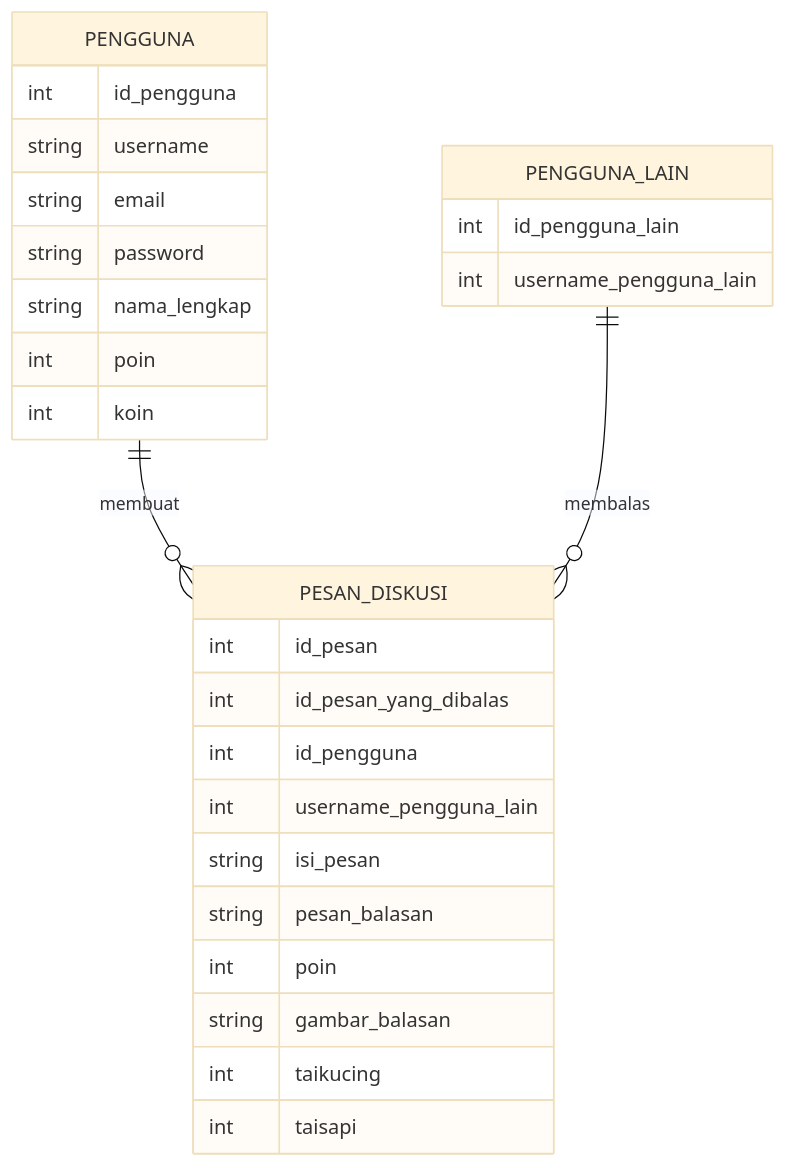
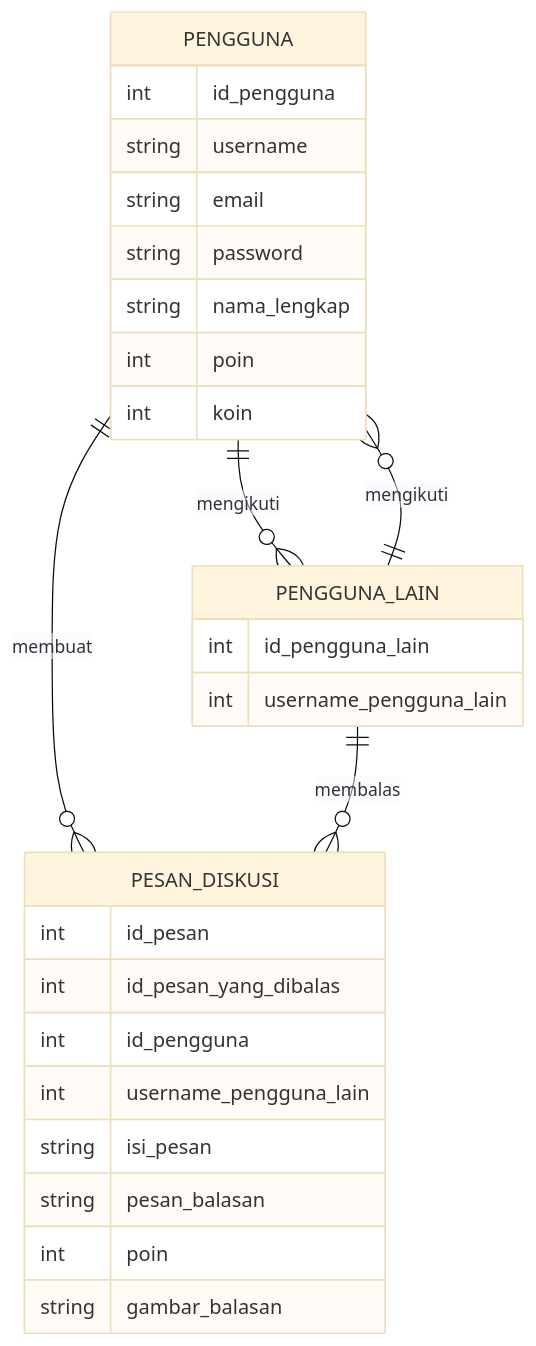
The diagram in job interview.MD (fahrizap/Kodein), drawn with Mermaid (base theme) before and after one commit.

Commit message:
Update job interview.MD

````diff
--- a/job interview.MD
+++ b/job interview.MD
@@ -20,32 +20,32 @@
 ```mermaid
 erDiagram
 
   PENGGUNA {
     int id_pengguna
     string username
     string email
     string password
     string nama_lengkap
     int poin
     int koin
   }
   PENGGUNA ||--o{ PESAN_DISKUSI : membuat
+  PENGGUNA ||--o{ PENGGUNA_LAIN : mengikuti
   PESAN_DISKUSI {
     int id_pesan
     int id_pesan_yang_dibalas
     int id_pengguna 
     int username_pengguna_lain
     string isi_pesan
     string pesan_balasan
     int poin
     string gambar_balasan
-    int taikucing
-    int taisapi
   }
   PENGGUNA_LAIN {
     int id_pengguna_lain
     int username_pengguna_lain
   }
   PENGGUNA_LAIN ||--o{ PESAN_DISKUSI : membalas
+  PENGGUNA_LAIN ||--o{ PENGGUNA : mengikuti
   
 ```
````
